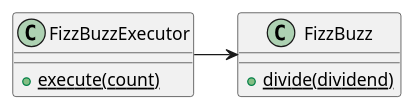
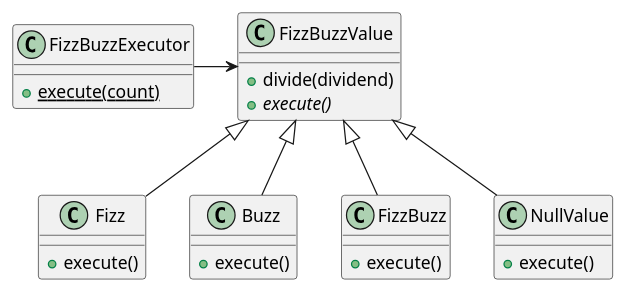
Before and after one commit to k2works/etude_for_ruby: the first of 5 diagrams in docs/dev/_fizz_buzz.md, drawn with PlantUML. The commit also changed other lines of this file and 6 other files, not shown here.

````diff
--- a/docs/dev/_fizz_buzz.md
+++ b/docs/dev/_fizz_buzz.md
@@ -34,11 +37,28 @@
 ```puml
 @startuml
 class FizzBuzzExecutor {
   +{static}execute(count)  
 }
+class FizzBuzzValue {
+  +divide(dividend)
+  +{abstract}execute()
+}
+class Fizz {
+  +execute()
+}
+class Buzz {
+  +execute()
+}
 class FizzBuzz {
-  +{static}divide(dividend)
+  +execute()
 }
-FizzBuzzExecutor -> FizzBuzz
+class NullValue {
+  +execute()
+}
+FizzBuzzExecutor -> FizzBuzzValue
+FizzBuzzValue <|-- Fizz
+FizzBuzzValue <|-- Buzz
+FizzBuzzValue <|-- FizzBuzz
+FizzBuzzValue <|-- NullValue
 @enduml
 ```
````
